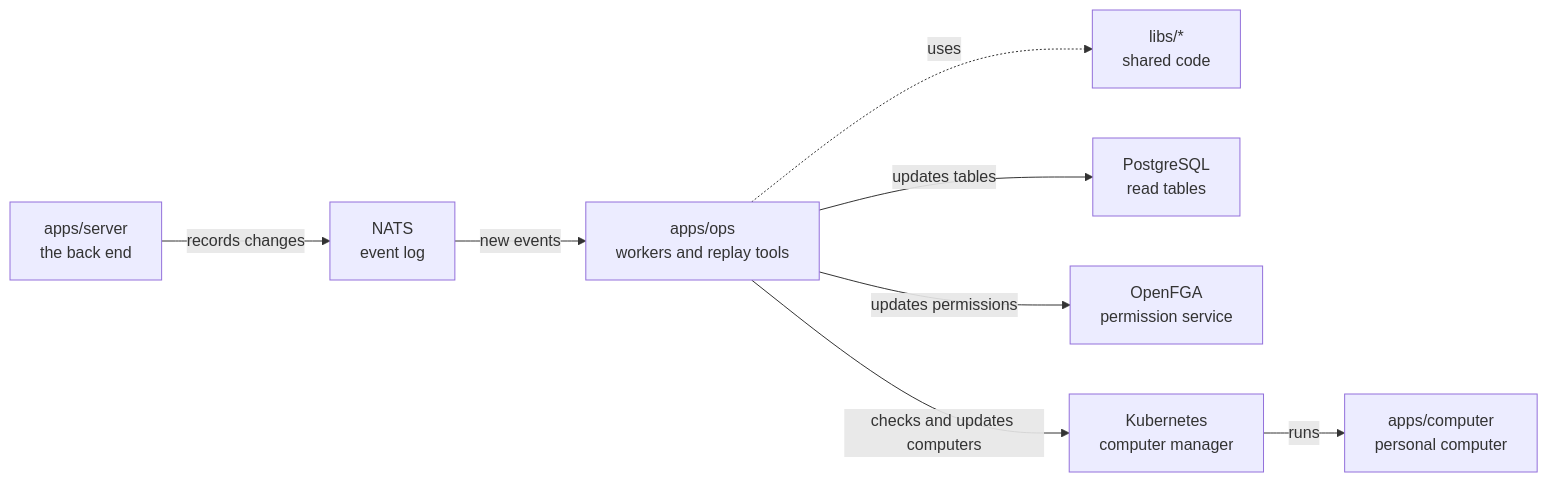
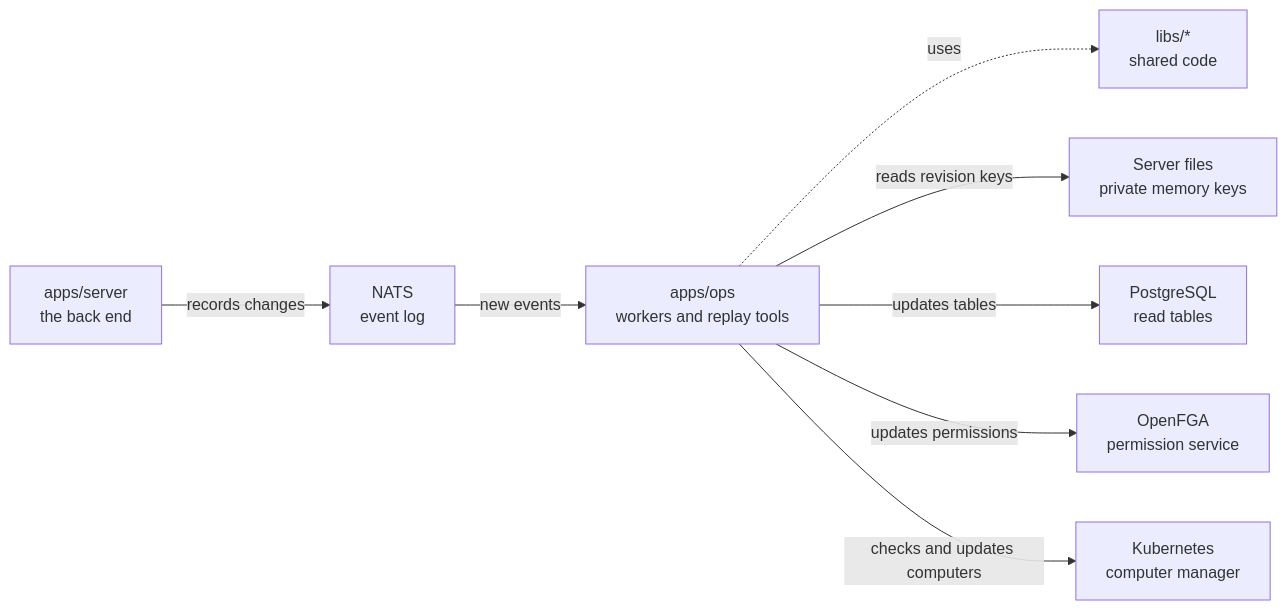
One commit to elewa-git/opencrane-new changed the diagram in apps/ops/README.md. Above: the diagram before and after it, drawn with Mermaid. The commit also changed other lines of this file and 12 other files, not shown here.

````diff
--- a/apps/ops/README.md
+++ b/apps/ops/README.md
@@ -11,10 +11,10 @@
 ```mermaid
 flowchart LR
   server["apps/server<br/>the back end"] -->|records changes| nats["NATS<br/>event log"]
   nats -->|new events| ops["apps/ops<br/>workers and replay tools"]
   ops -.->|uses| libs["libs/*<br/>shared code"]
+  ops -->|reads revision keys| keys["Server files<br/>private memory keys"]
   ops -->|updates tables| postgres["PostgreSQL<br/>read tables"]
   ops -->|updates permissions| fga["OpenFGA<br/>permission service"]
   ops -->|checks and updates computers| kube["Kubernetes<br/>computer manager"]
-  kube -->|runs| computer["apps/computer<br/>personal computer"]
 ```
````
